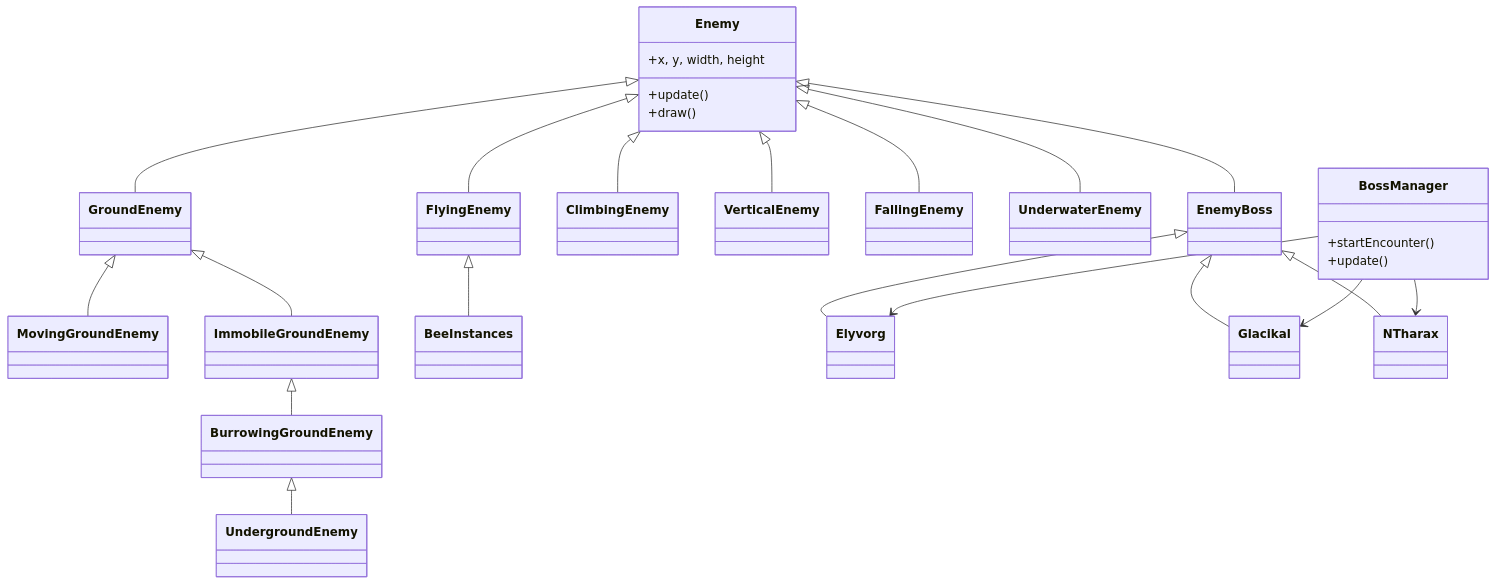
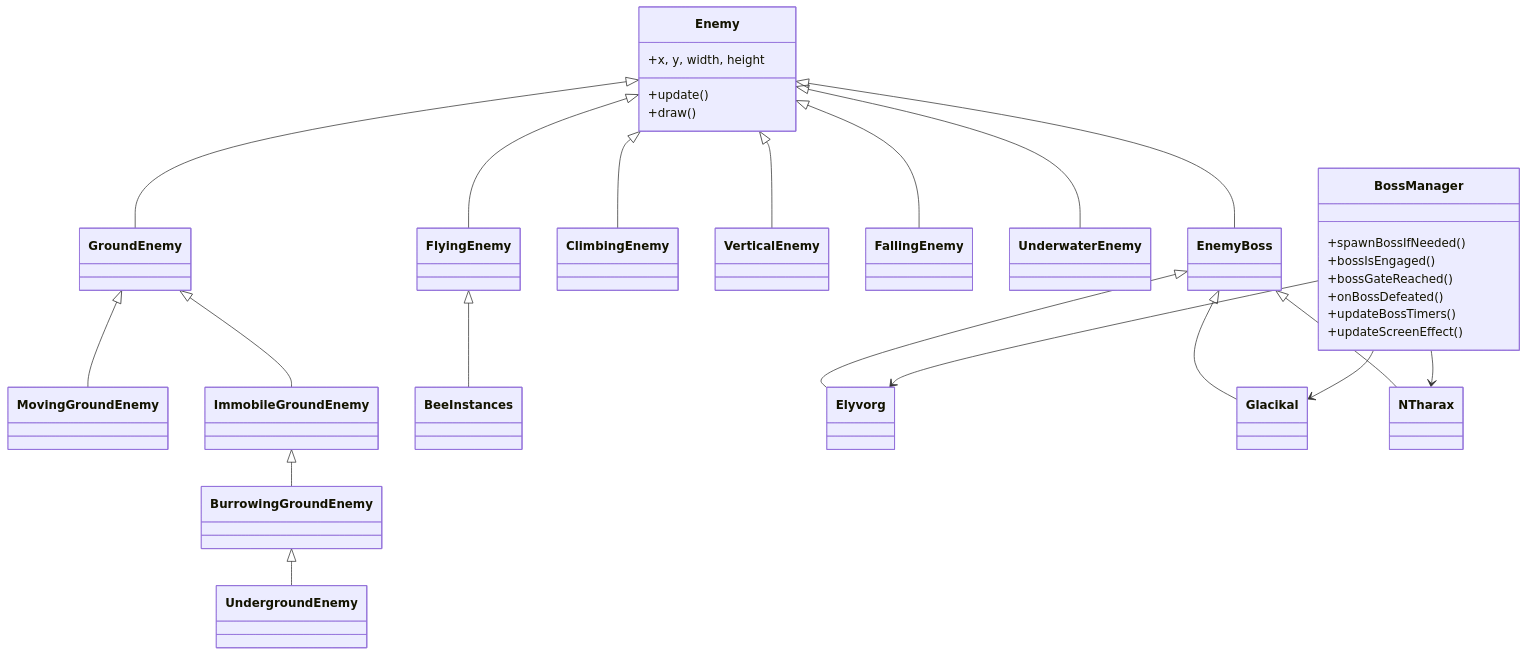
The fifth of 11 diagrams in ARCHITECTURE.md (danialjivraj/firedog), drawn with Mermaid before and after one commit. The commit also changed other lines of this file, not shown here.

Commit message:
updating architecture

````diff
--- a/ARCHITECTURE.md
+++ b/ARCHITECTURE.md
@@ -157,34 +196,38 @@
 ```mermaid
 classDiagram
     class Enemy {
         +x, y, width, height
         +update()
         +draw()
     }
 
     Enemy <|-- FlyingEnemy
     Enemy <|-- GroundEnemy
     Enemy <|-- ClimbingEnemy
     Enemy <|-- VerticalEnemy
     Enemy <|-- FallingEnemy
     Enemy <|-- UnderwaterEnemy
     Enemy <|-- EnemyBoss
 
     GroundEnemy <|-- MovingGroundEnemy
     GroundEnemy <|-- ImmobileGroundEnemy
     ImmobileGroundEnemy <|-- BurrowingGroundEnemy
     BurrowingGroundEnemy <|-- UndergroundEnemy
     FlyingEnemy <|-- BeeInstances
 
     EnemyBoss <|-- Elyvorg
     EnemyBoss <|-- Glacikal
     EnemyBoss <|-- NTharax
 
     class BossManager {
-        +startEncounter()
-        +update()
+        +spawnBossIfNeeded()
+        +bossIsEngaged()
+        +bossGateReached()
+        +onBossDefeated()
+        +updateBossTimers()
+        +updateScreenEffect()
     }
     BossManager --> Elyvorg
     BossManager --> Glacikal
     BossManager --> NTharax
 ```
````
